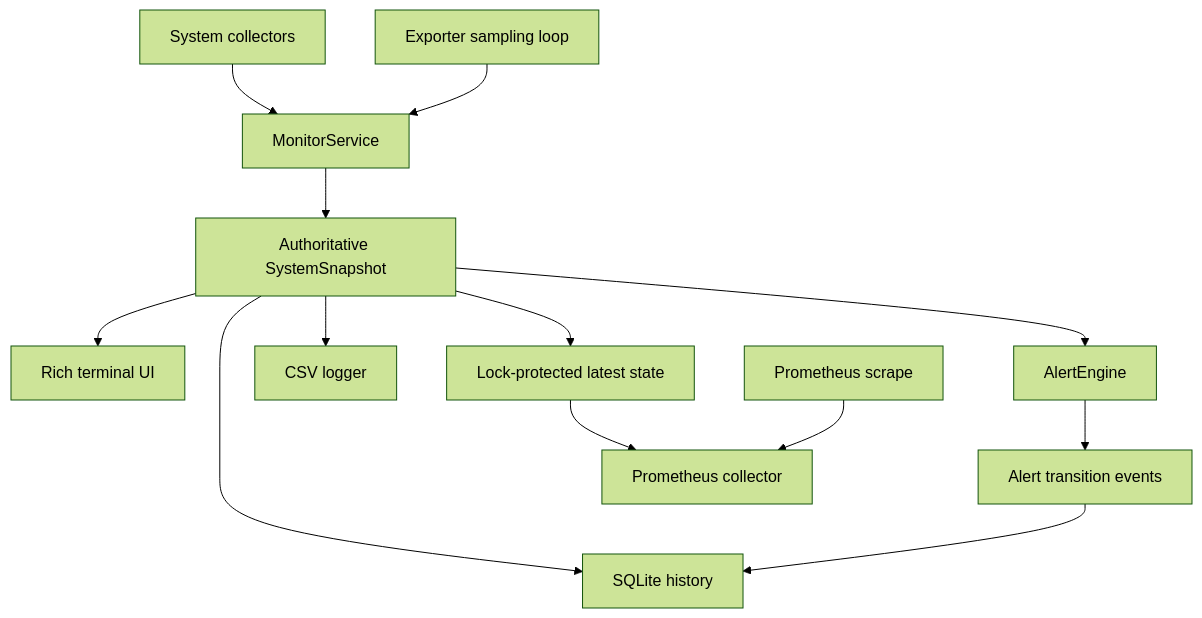
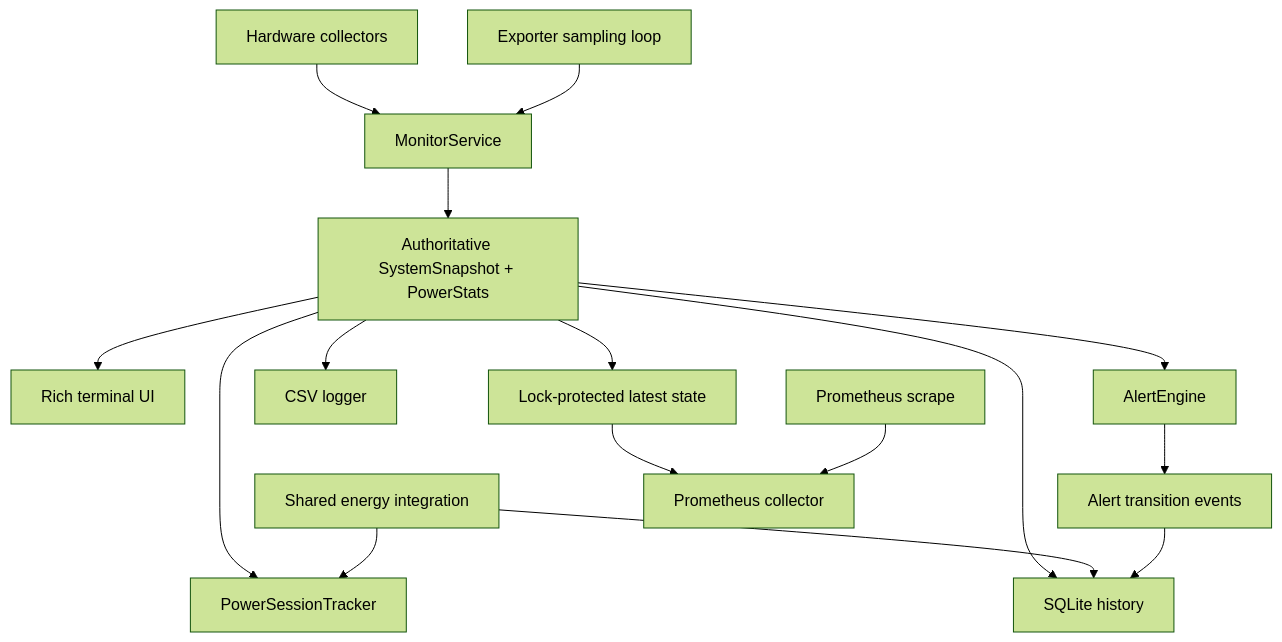
Before and after one commit to guptaoni891-ctrl/systempulse: the diagram in README.md, drawn with Mermaid (forest theme). The commit also changed other lines of this file and 5 other files, not shown here.

````diff
--- a/README.md
+++ b/README.md
@@ -160,17 +237,20 @@
 ```mermaid
 flowchart TD
-    C[System collectors] --> S[MonitorService]
-    S --> SS[Authoritative SystemSnapshot]
+    C[Hardware collectors] --> S[MonitorService]
+    S --> SS[Authoritative SystemSnapshot + PowerStats]
 
     SS --> UI[Rich terminal UI]
+    SS --> PST[PowerSessionTracker]
     SS --> A[AlertEngine]
     SS --> CSV[CSV logger]
     SS --> H[SQLite history]
+    E[Shared energy integration] --> PST
+    E --> H
     A --> AE[Alert transition events]
     AE --> H
 
     ES[Exporter sampling loop] --> S
     SS --> LS[Lock-protected latest state]
     LS --> PE[Prometheus collector]
     PS[Prometheus scrape] --> PE
 ```
````
